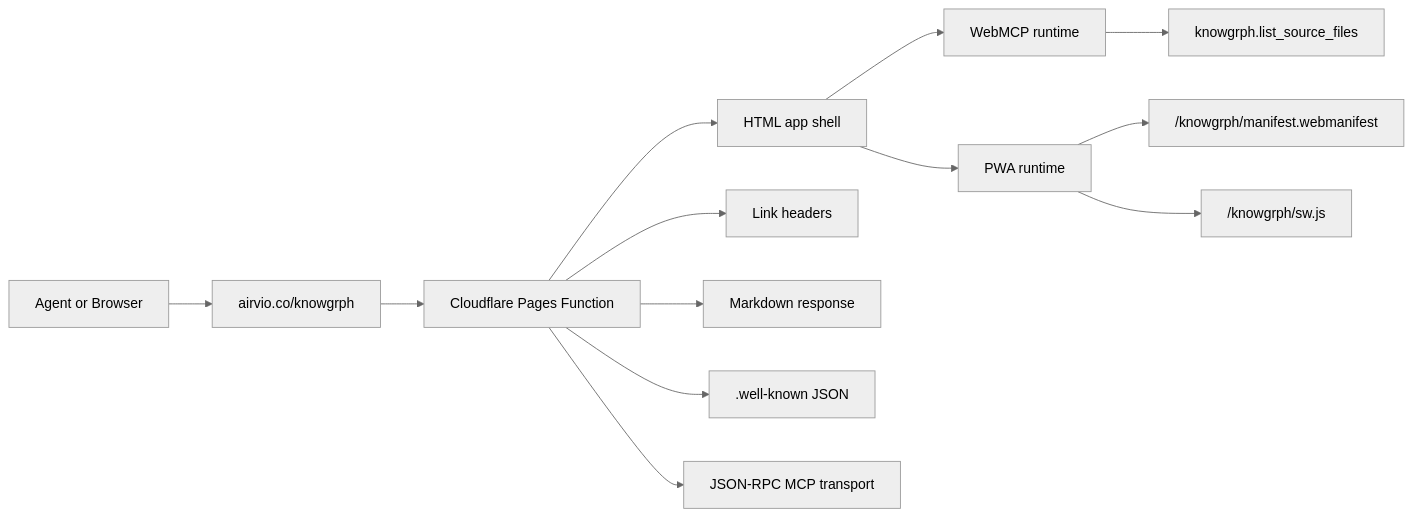
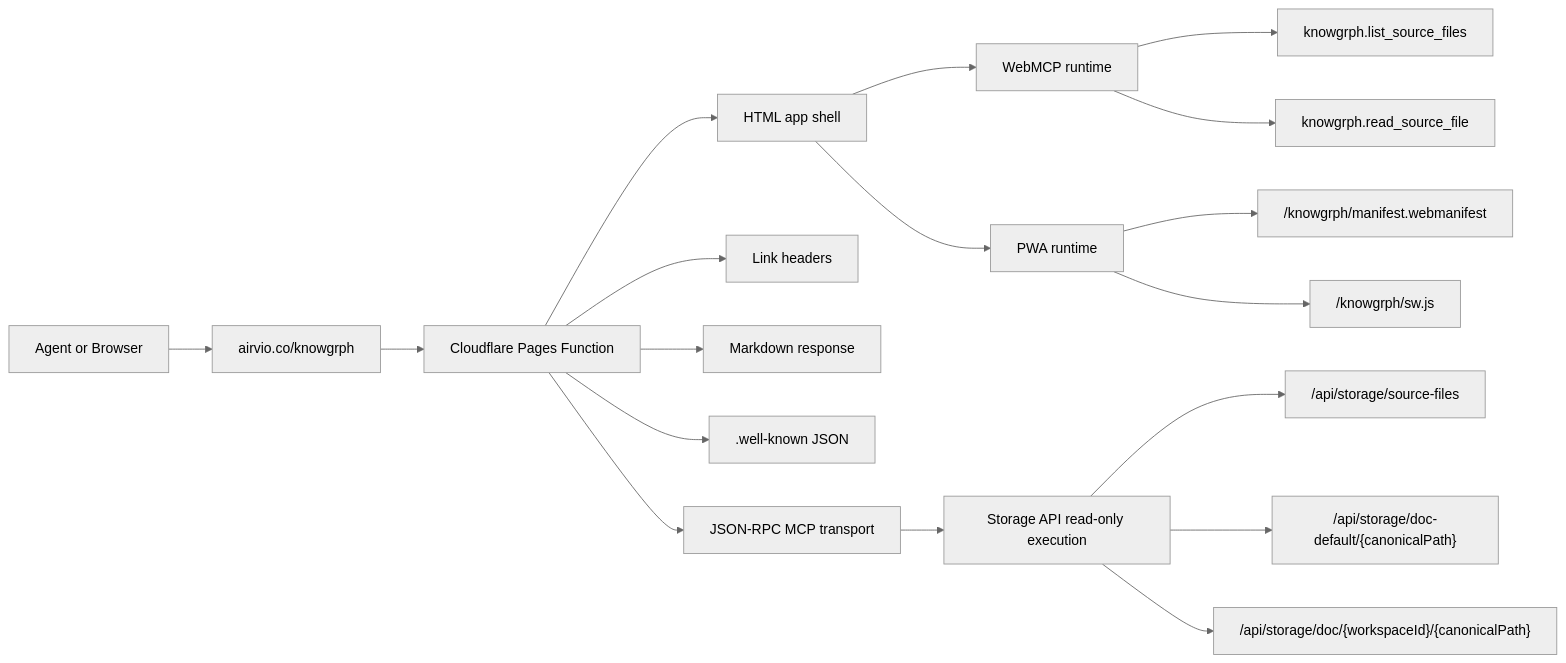
One commit to huijoohwee/knowgrph changed the diagram in docs/documents/knowgrph-agent-ready-prd-tad-proposed.md. Above: the diagram before and after it, drawn with Mermaid (neutral theme). The commit also changed other lines of this file and 11 other files, not shown here.

First line of the commit message:
feat: add default workspace doc route and MCP tool

````diff
--- a/docs/documents/knowgrph-agent-ready-prd-tad-proposed.md
+++ b/docs/documents/knowgrph-agent-ready-prd-tad-proposed.md
@@ -173,15 +203,20 @@
 ```mermaid
 flowchart LR
   A["Agent or Browser"] --> B["airvio.co/knowgrph"]
   B --> C["Cloudflare Pages Function"]
   C --> D["HTML app shell"]
   C --> E["Link headers"]
   C --> F["Markdown response"]
   C --> G[".well-known JSON"]
   C --> H["JSON-RPC MCP transport"]
   D --> I["WebMCP runtime"]
   D --> J["PWA runtime"]
   I --> K["knowgrph.list_source_files"]
-  J --> L["/knowgrph/manifest.webmanifest"]
-  J --> M["/knowgrph/sw.js"]
+  I --> L["knowgrph.read_source_file"]
+  H --> M["Storage API read-only execution"]
+  M --> N["/api/storage/source-files"]
+  M --> O["/api/storage/doc-default/{canonicalPath}"]
+  M --> P["/api/storage/doc/{workspaceId}/{canonicalPath}"]
+  J --> R["/knowgrph/manifest.webmanifest"]
+  J --> Q["/knowgrph/sw.js"]
 ```
````
